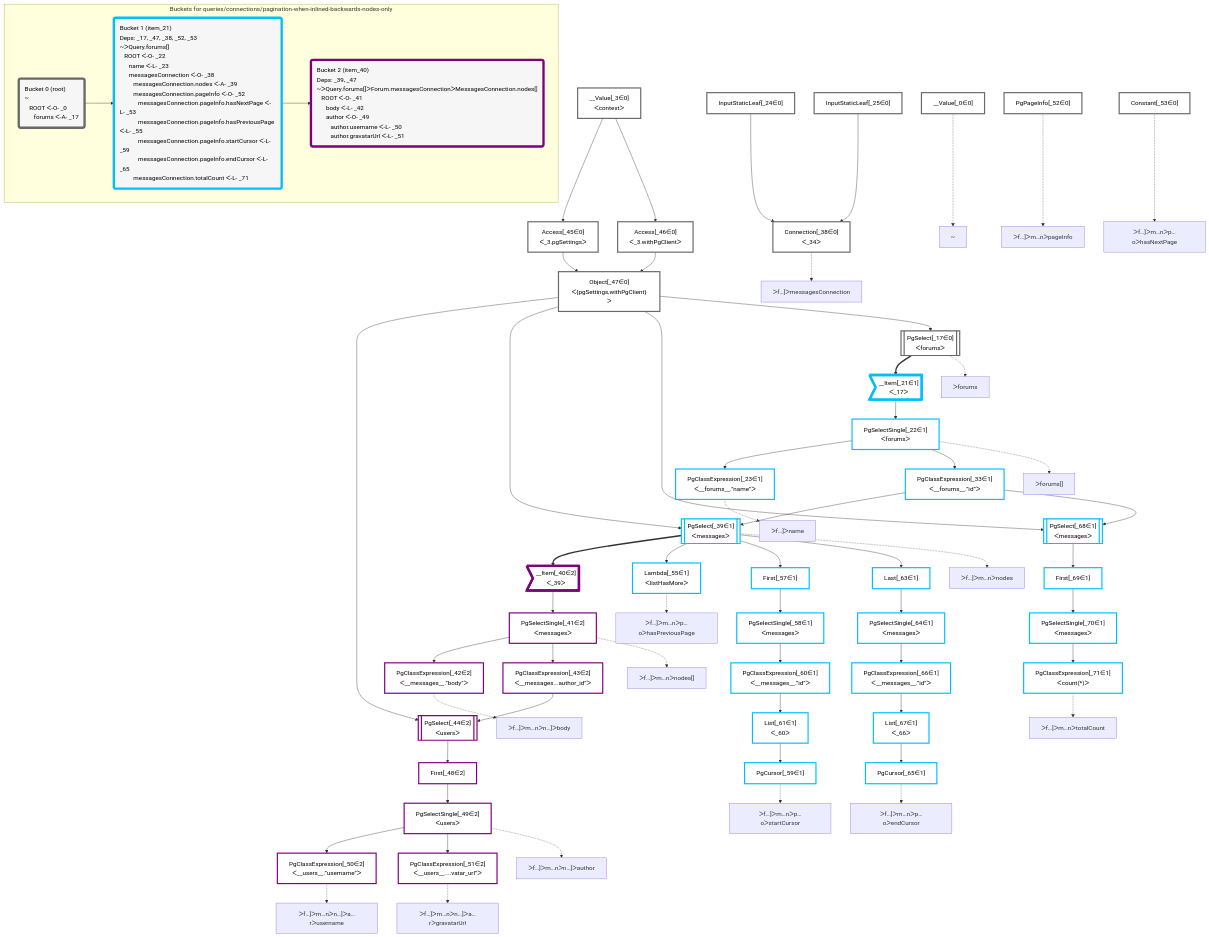
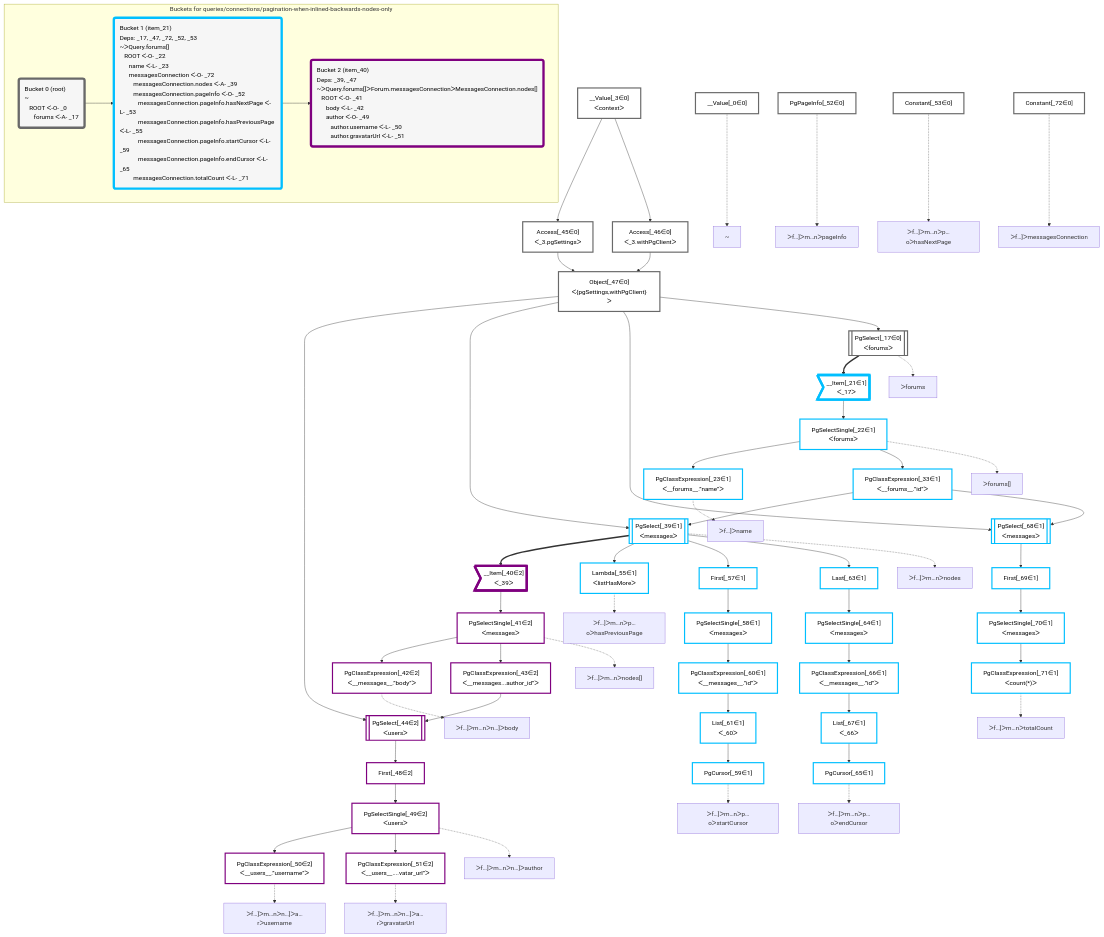
One commit to graphile/crystal changed the diagram in packages/dataplan-pg/__tests__/queries/connections/pagination-when-inlined-backwards-nodes-only.deopt.mermaid.md. Above: the diagram before and after it, drawn with Mermaid. The commit also changed 57 other files, not shown here.

```diff
--- a/packages/dataplan-pg/__tests__/queries/connections/pagination-when-inlined-backwards-nodes-only.deopt.mermaid.md
+++ b/packages/dataplan-pg/__tests__/queries/connections/pagination-when-inlined-backwards-nodes-only.deopt.mermaid.md
@@ -43,9 +43,7 @@
     Access_45["Access[_45∈0]<br />ᐸ_3.pgSettingsᐳ"]:::plan
     Access_46["Access[_46∈0]<br />ᐸ_3.withPgClientᐳ"]:::plan
     __Value_3["__Value[_3∈0]<br />ᐸcontextᐳ"]:::plan
-    Connection_38["Connection[_38∈0]<br />ᐸ_34ᐳ"]:::plan
-    InputStaticLeaf_24["InputStaticLeaf[_24∈0]"]:::plan
-    InputStaticLeaf_25["InputStaticLeaf[_25∈0]"]:::plan
+    Constant_72["Constant[_72∈0]"]:::plan
     PgPageInfo_52["PgPageInfo[_52∈0]"]:::plan
     Constant_53["Constant[_53∈0]"]:::plan
 
@@ -83,7 +81,6 @@
     Access_45 & Access_46 --> Object_47
     __Value_3 --> Access_45
     __Value_3 --> Access_46
-    InputStaticLeaf_24 & InputStaticLeaf_25 --> Connection_38
 
     %% plan-to-path relationships
     P_0["~"]
@@ -94,8 +91,6 @@
     PgSelectSingle_22 -.-> P_22
     P_23["ᐳf…]ᐳname"]
     PgClassExpression_23 -.-> P_23
-    P_38["ᐳf…]ᐳmessagesConnection"]
-    Connection_38 -.-> P_38
     P_39["ᐳf…]ᐳm…nᐳnodes"]
     PgSelect_39 -.-> P_39
     P_41["ᐳf…]ᐳm…nᐳnodes[]"]
@@ -120,12 +115,14 @@
     PgCursor_65 -.-> P_65
     P_71["ᐳf…]ᐳm…nᐳtotalCount"]
     PgClassExpression_71 -.-> P_71
+    P_72["ᐳf…]ᐳmessagesConnection"]
+    Constant_72 -.-> P_72
 
     subgraph "Buckets for queries/connections/pagination-when-inlined-backwards-nodes-only"
     Bucket0("Bucket 0 (root)<br />~<br />⠀ROOT ᐸ-O- _0<br />⠀⠀forums ᐸ-A- _17"):::bucket
     classDef bucket0 stroke:#696969
-    class Bucket0,__Value_0,__Value_3,PgSelect_17,InputStaticLeaf_24,InputStaticLeaf_25,Connection_38,Access_45,Access_46,Object_47,PgPageInfo_52,Constant_53 bucket0
-    Bucket1("Bucket 1 (item_21)<br />Deps: _17, _47, _38, _52, _53<br />~ᐳQuery.forums[]<br />⠀ROOT ᐸ-O- _22<br />⠀⠀name ᐸ-L- _23<br />⠀⠀messagesConnection ᐸ-O- _38<br />⠀⠀⠀messagesConnection.nodes ᐸ-A- _39<br />⠀⠀⠀messagesConnection.pageInfo ᐸ-O- _52<br />⠀⠀⠀⠀messagesConnection.pageInfo.hasNextPage ᐸ-L- _53<br />⠀⠀⠀⠀messagesConnection.pageInfo.hasPreviousPage ᐸ-L- _55<br />⠀⠀⠀⠀messagesConnection.pageInfo.startCursor ᐸ-L- _59<br />⠀⠀⠀⠀messagesConnection.pageInfo.endCursor ᐸ-L- _65<br />⠀⠀⠀messagesConnection.totalCount ᐸ-L- _71"):::bucket
+    class Bucket0,__Value_0,__Value_3,PgSelect_17,Access_45,Access_46,Object_47,PgPageInfo_52,Constant_53,Constant_72 bucket0
+    Bucket1("Bucket 1 (item_21)<br />Deps: _17, _47, _72, _52, _53<br />~ᐳQuery.forums[]<br />⠀ROOT ᐸ-O- _22<br />⠀⠀name ᐸ-L- _23<br />⠀⠀messagesConnection ᐸ-O- _72<br />⠀⠀⠀messagesConnection.nodes ᐸ-A- _39<br />⠀⠀⠀messagesConnection.pageInfo ᐸ-O- _52<br />⠀⠀⠀⠀messagesConnection.pageInfo.hasNextPage ᐸ-L- _53<br />⠀⠀⠀⠀messagesConnection.pageInfo.hasPreviousPage ᐸ-L- _55<br />⠀⠀⠀⠀messagesConnection.pageInfo.startCursor ᐸ-L- _59<br />⠀⠀⠀⠀messagesConnection.pageInfo.endCursor ᐸ-L- _65<br />⠀⠀⠀messagesConnection.totalCount ᐸ-L- _71"):::bucket
     classDef bucket1 stroke:#00bfff
     class Bucket1,__Item_21,PgSelectSingle_22,PgClassExpression_23,PgClassExpression_33,PgSelect_39,Lambda_55,First_57,PgSelectSingle_58,PgCursor_59,PgClassExpression_60,List_61,Last_63,PgSelectSingle_64,PgCursor_65,PgClassExpression_66,List_67,PgSelect_68,First_69,PgSelectSingle_70,PgClassExpression_71 bucket1
     Bucket2("Bucket 2 (item_40)<br />Deps: _39, _47<br />~ᐳQuery.forums[]ᐳForum.messagesConnectionᐳMessagesConnection.nodes[]<br />⠀ROOT ᐸ-O- _41<br />⠀⠀body ᐸ-L- _42<br />⠀⠀author ᐸ-O- _49<br />⠀⠀⠀author.username ᐸ-L- _50<br />⠀⠀⠀author.gravatarUrl ᐸ-L- _51"):::bucket
```
